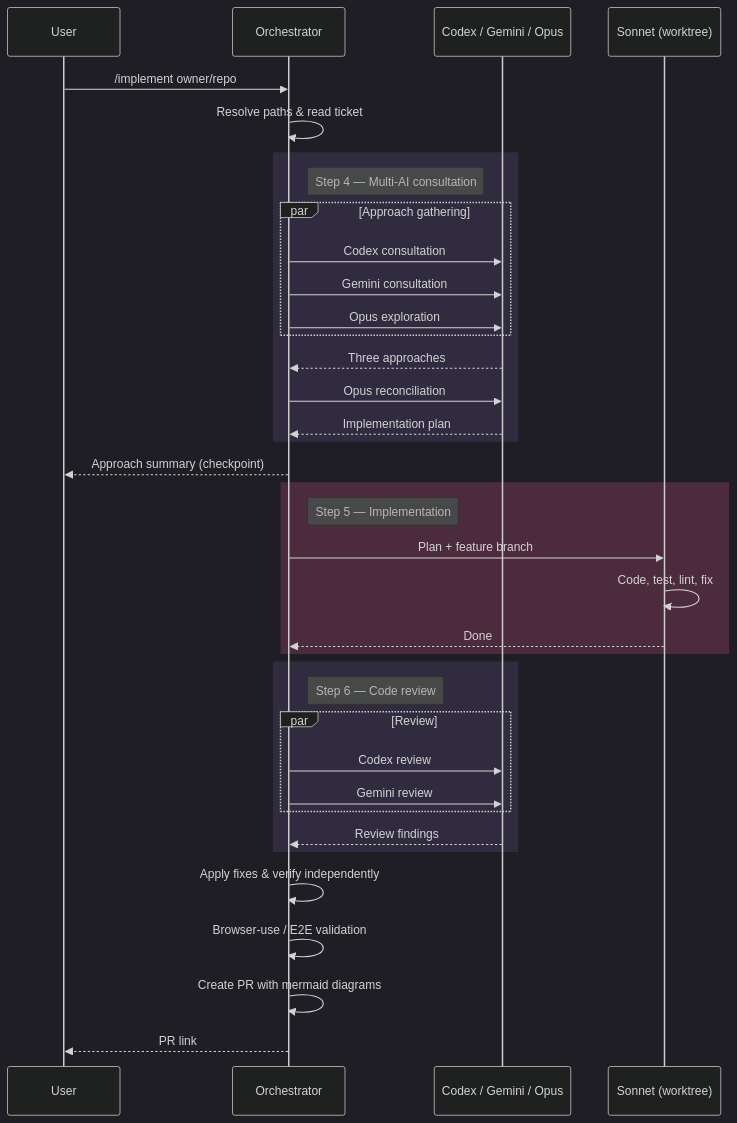
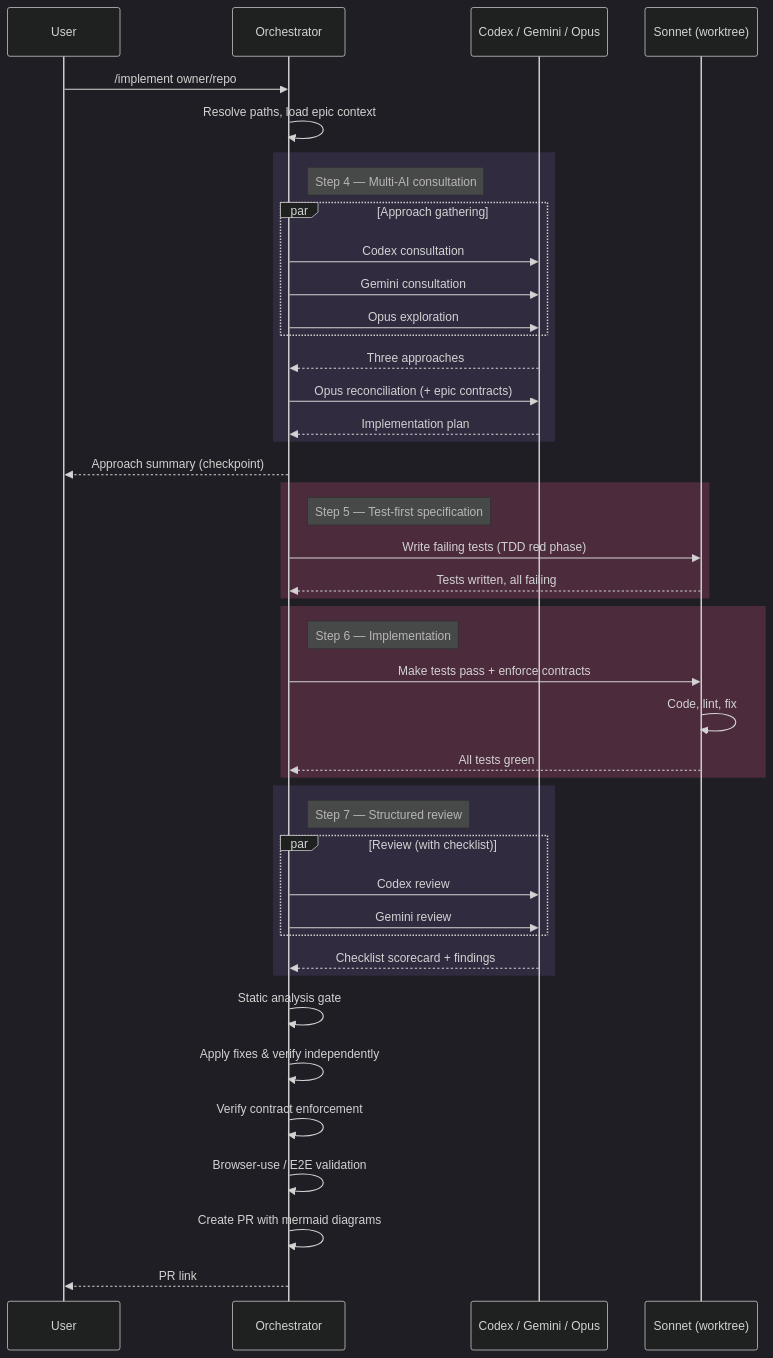
One commit to plwp/chief-wiggum changed the second of 3 diagrams in README.md. Above: the diagram before and after it, drawn with Mermaid. The commit also changed other lines of this file and 6 other files, not shown here.

````diff
--- a/README.md
+++ b/README.md
@@ -56,46 +88,54 @@
 ```mermaid
 %%{init: {'theme': 'dark'}}%%
 sequenceDiagram
     participant U as User
     participant O as Orchestrator
     participant AI as Codex / Gemini / Opus
     participant S as Sonnet (worktree)
 
     U->>O: /implement owner/repo#42
-    O->>O: Resolve paths & read ticket
+    O->>O: Resolve paths, load epic context
 
     rect rgba(102, 81, 145, 0.25)
         note right of O: Step 4 — Multi-AI consultation
         par Approach gathering
             O->>AI: Codex consultation
             O->>AI: Gemini consultation
             O->>AI: Opus exploration
         end
         AI-->>O: Three approaches
-        O->>AI: Opus reconciliation
+        O->>AI: Opus reconciliation (+ epic contracts)
         AI-->>O: Implementation plan
     end
 
     O-->>U: Approach summary (checkpoint)
 
     rect rgba(212, 80, 135, 0.25)
-        note right of O: Step 5 — Implementation
-        O->>S: Plan + feature branch
-        S->>S: Code, test, lint, fix
-        S-->>O: Done
+        note right of O: Step 5 — Test-first specification
+        O->>S: Write failing tests (TDD red phase)
+        S-->>O: Tests written, all failing
+    end
+
+    rect rgba(212, 80, 135, 0.25)
+        note right of O: Step 6 — Implementation
+        O->>S: Make tests pass + enforce contracts
+        S->>S: Code, lint, fix
+        S-->>O: All tests green
     end
 
     rect rgba(102, 81, 145, 0.25)
-        note right of O: Step 6 — Code review
-        par Review
+        note right of O: Step 7 — Structured review
+        par Review (with checklist)
             O->>AI: Codex review
             O->>AI: Gemini review
         end
-        AI-->>O: Review findings
+        AI-->>O: Checklist scorecard + findings
     end
 
+    O->>O: Static analysis gate
     O->>O: Apply fixes & verify independently
+    O->>O: Verify contract enforcement
     O->>O: Browser-use / E2E validation
     O->>O: Create PR with mermaid diagrams
     O-->>U: PR link
 ```
````
